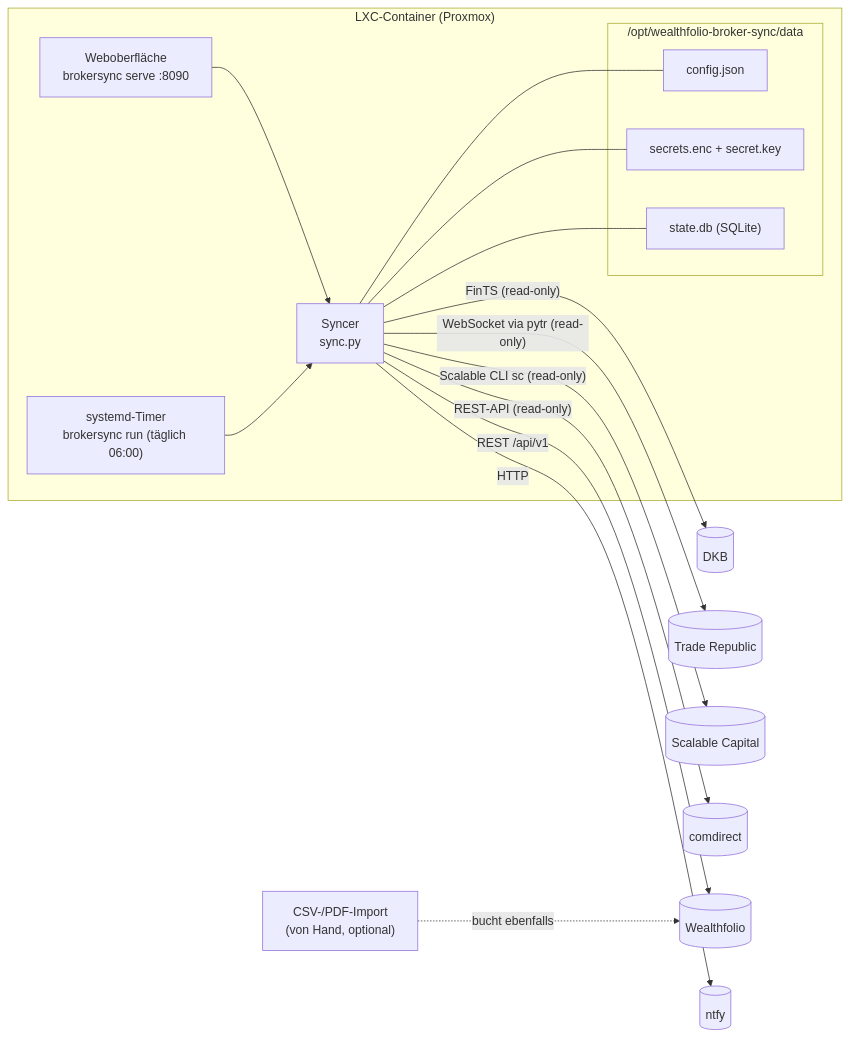
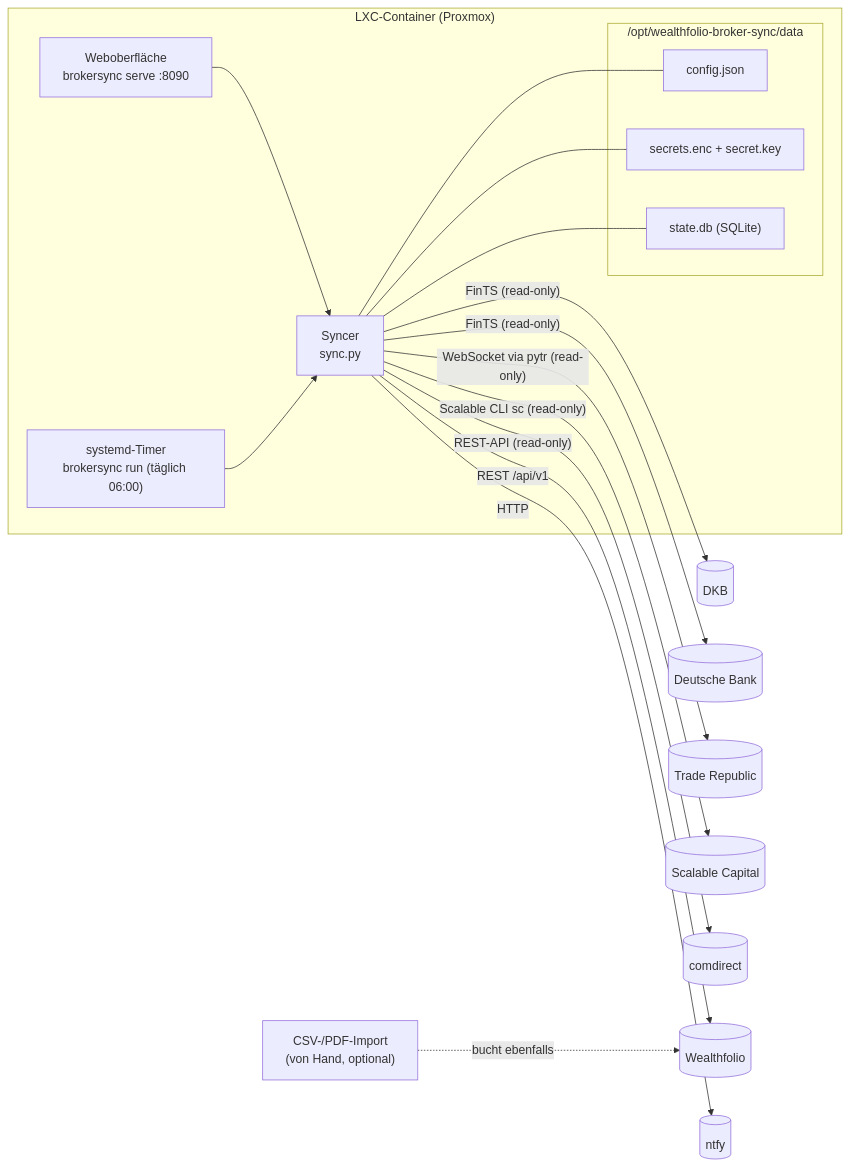
One commit to waldonso2/Wealthfolio-broker-sync-service changed the first of 3 diagrams in ARCHITECTURE.md. Above: the diagram before and after it, drawn with Mermaid. The commit also changed other lines of this file and 10 other files, not shown here.

First line of the commit message:
Deutsche Bank via FinTS: giro account and maxblue holdings (0.8.0) (#32)

````diff
--- a/ARCHITECTURE.md
+++ b/ARCHITECTURE.md
@@ -7,23 +7,24 @@
 ```mermaid
 flowchart LR
   subgraph LXC["LXC-Container (Proxmox)"]
     UI["Weboberfläche<br/>brokersync serve :8090"]
     Timer["systemd-Timer<br/>brokersync run (täglich 06:00)"]
     Sync["Syncer<br/>sync.py"]
     subgraph data["/opt/wealthfolio-broker-sync/data"]
       Cfg["config.json"]
       Vault["secrets.enc + secret.key"]
       State["state.db (SQLite)"]
     end
     UI --> Sync
     Timer --> Sync
     Sync --- Cfg & Vault & State
   end
   Sync -- "FinTS (read-only)" --> DKB[(DKB)]
+  Sync -- "FinTS (read-only)" --> DB[(Deutsche Bank)]
   Sync -- "WebSocket via pytr (read-only)" --> TR[(Trade Republic)]
   Sync -- "Scalable CLI sc (read-only)" --> SC[(Scalable Capital)]
   Sync -- "REST-API (read-only)" --> CD[(comdirect)]
   Sync -- "REST /api/v1" --> WF[(Wealthfolio)]
   Sync -- "HTTP" --> Ntfy[(ntfy)]
   Import["CSV-/PDF-Import<br/>(von Hand, optional)"] -. bucht ebenfalls .-> WF
 ```
````
